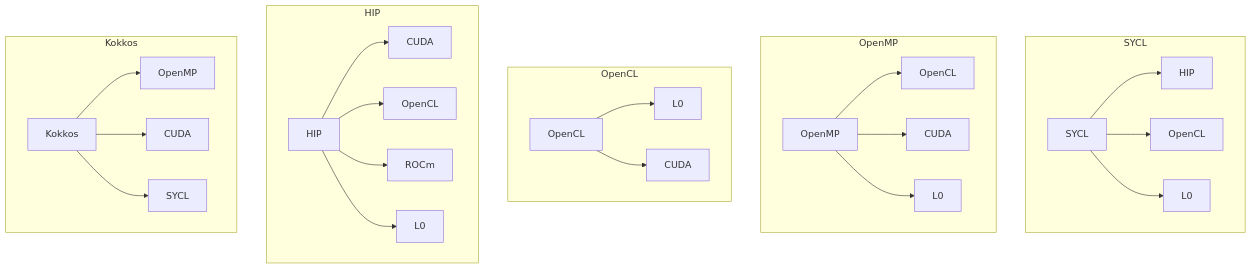
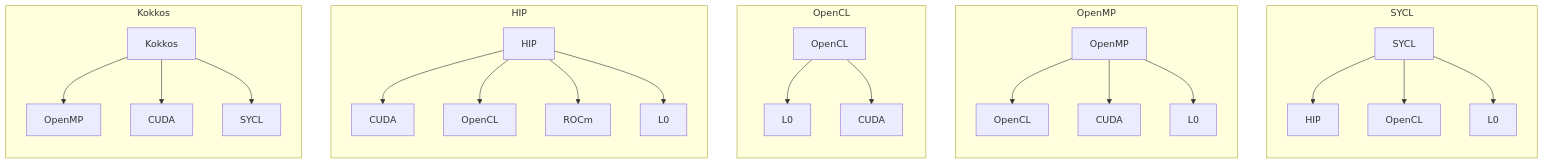
One commit to DonAurelio/notes changed the first of 2 diagrams in slides/2026_TracingIAML/README.md. Above: the diagram before and after it, drawn with Mermaid.

Commit message:
Update README with flowchart diagrams
Added flowchart diagrams for SYCL, OpenMP, OpenCL, HIP, and Kokkos groups.

````diff
--- a/slides/2026_TracingIAML/README.md
+++ b/slides/2026_TracingIAML/README.md
@@ -211,32 +211,37 @@
 ```mermaid
 flowchart TD
     subgraph SYCL_group["SYCL"]
+        direction TD
         SYCL --> HIP1[HIP]
         SYCL --> OpenCL1[OpenCL]
         SYCL --> L01[L0]
     end
 
     subgraph OpenMP_group["OpenMP"]
+        direction TD
         OpenMP --> OpenCL2[OpenCL]
         OpenMP --> CUDA1[CUDA]
         OpenMP --> L02[L0]
     end
 
     subgraph OpenCL_group["OpenCL"]
+        direction TD
         OpenCL --> L03[L0]
         OpenCL --> CUDA2[CUDA]
     end
 
     subgraph HIP_group["HIP"]
+        direction TD
         HIP --> CUDA3[CUDA]
         HIP --> OpenCL3[OpenCL]
         HIP --> ROCm1[ROCm]
         HIP --> L04[L0]
     end
 
     subgraph Kokkos_group["Kokkos"]
+        direction TD
         Kokkos --> OpenMP2[OpenMP]
         Kokkos --> CUDA4[CUDA]
         Kokkos --> SYCL2[SYCL]
     end
 ```
````
